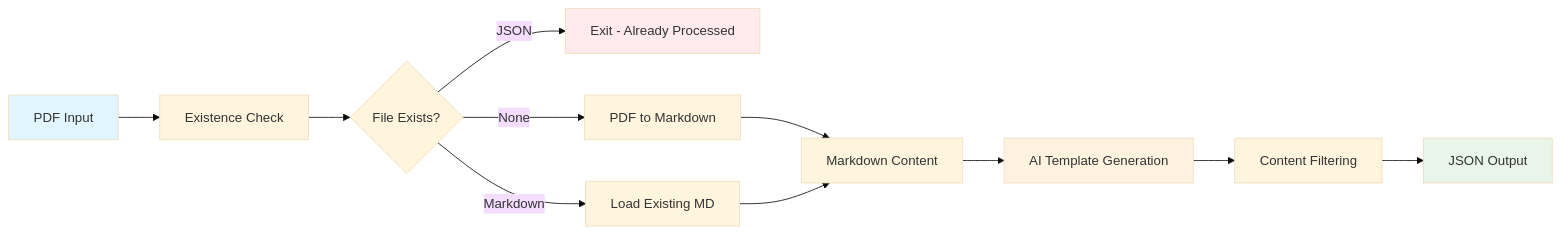
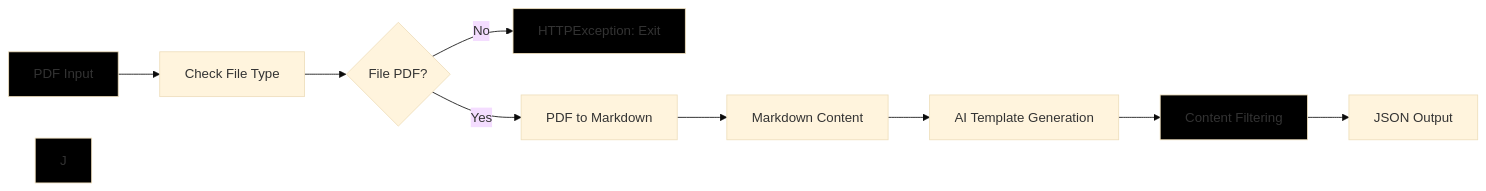
Before and after one commit to Page-Vishal/Templt: the diagram in README.md, drawn with Mermaid (base theme). The commit also changed other lines of this file, not shown here.

Commit message:
workflow updated

````diff
--- a/README.md
+++ b/README.md
@@ -49,18 +49,16 @@
 ```mermaid
 graph LR
-    A[PDF Input] --> B[Existence Check]
-    B --> C{File Exists?}
-    C -->|JSON| D[Exit - Already Processed]
-    C -->|Markdown| E[Load Existing MD]
-    C -->|None| F[PDF to Markdown]
-    F --> G[Markdown Content]
-    E --> G
-    G --> H[AI Template Generation]
-    H --> I[Content Filtering]
-    I --> J[JSON Output]
+    A[PDF Input] --> B[Check File Type]
+    B --> C{File PDF?}
+    C -->|No| D[HTTPException: Exit]
+    C -->|Yes| E[PDF to Markdown]
+    E -->F[Markdown Content]
+    F --> G[AI Template Generation]
+    G --> H[Content Filtering]
+    H --> I[JSON Output]
     
-    style A fill:#e1f5fe
-    style D fill:#ffebee
-    style J fill:#e8f5e8
-    style H fill:#fff3e0
+    style A fill:#000000
+    style D fill:#000000
+    style J fill:#000000
+    style H fill:#000000
 ```
````
